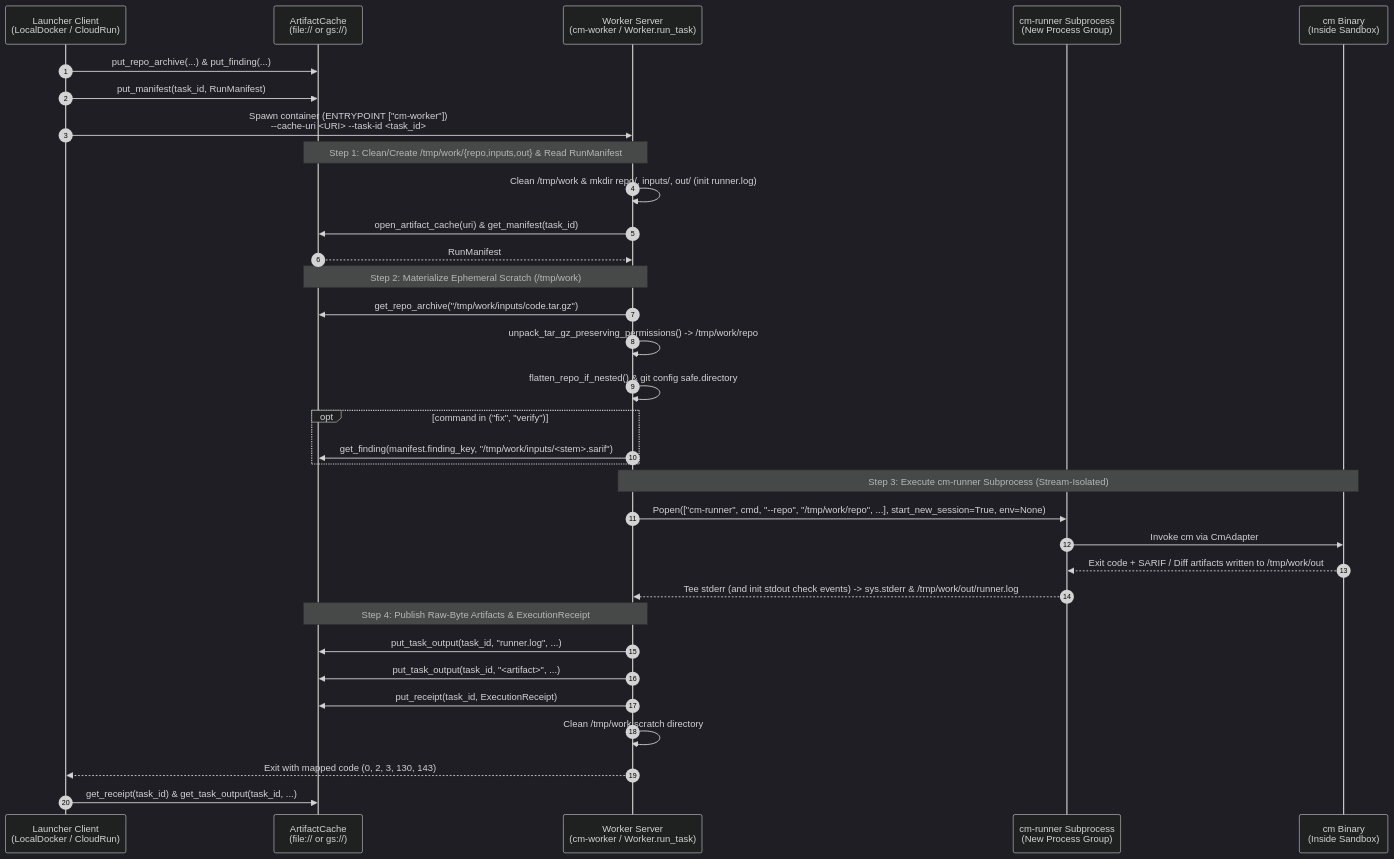
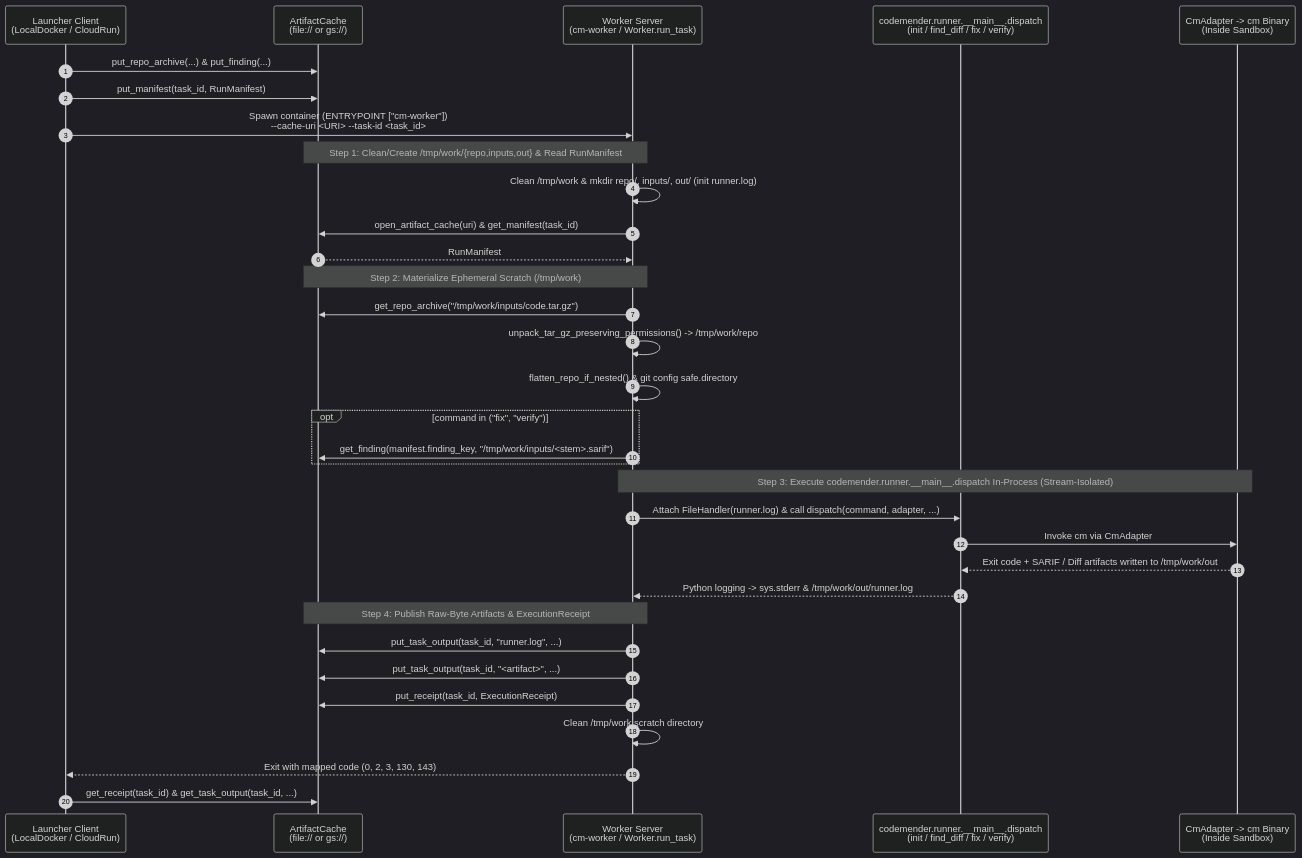
One commit to avnit/codemender-runner-mcp changed the second of 2 diagrams in docs/openspec/specs/worker/design.md. Above: the diagram before and after it, drawn with Mermaid (dark theme). The commit also changed other lines of this file and 16 other files, not shown here.

````diff
--- a/docs/openspec/specs/worker/design.md
+++ b/docs/openspec/specs/worker/design.md
@@ -305,40 +317,40 @@
 ```mermaid
 sequenceDiagram
     autonumber
     participant L as Launcher Client<br/>(LocalDocker / CloudRun)
     participant C as ArtifactCache<br/>(file:// or gs://)
     participant W as Worker Server<br/>(cm-worker / Worker.run_task)
-    participant R as cm-runner Subprocess<br/>(New Process Group)
-    participant CM as cm Binary<br/>(Inside Sandbox)
+    participant R as codemender.runner.__main__.dispatch<br/>(init / find_diff / fix / verify)
+    participant CM as CmAdapter -> cm Binary<br/>(Inside Sandbox)
 
     L->>C: put_repo_archive(...) & put_finding(...)
     L->>C: put_manifest(task_id, RunManifest)
     L->>W: Spawn container (ENTRYPOINT ["cm-worker"])<br/>--cache-uri <URI> --task-id <task_id>
 
     Note over W,C: Step 1: Clean/Create /tmp/work/{repo,inputs,out} & Read RunManifest
     W->>W: Clean /tmp/work & mkdir repo/, inputs/, out/ (init runner.log)
     W->>C: open_artifact_cache(uri) & get_manifest(task_id)
     C-->>W: RunManifest
 
     Note over W,C: Step 2: Materialize Ephemeral Scratch (/tmp/work)
     W->>C: get_repo_archive("/tmp/work/inputs/code.tar.gz")
     W->>W: unpack_tar_gz_preserving_permissions() -> /tmp/work/repo
     W->>W: flatten_repo_if_nested() & git config safe.directory
     opt command in ("fix", "verify")
         W->>C: get_finding(manifest.finding_key, "/tmp/work/inputs/<stem>.sarif")
     end
 
-    Note over W,CM: Step 3: Execute cm-runner Subprocess (Stream-Isolated)
-    W->>R: Popen(["cm-runner", cmd, "--repo", "/tmp/work/repo", ...], start_new_session=True, env=None)
+    Note over W,CM: Step 3: Execute codemender.runner.__main__.dispatch In-Process (Stream-Isolated)
+    W->>R: Attach FileHandler(runner.log) & call dispatch(command, adapter, ...)
     R->>CM: Invoke cm via CmAdapter
     CM-->>R: Exit code + SARIF / Diff artifacts written to /tmp/work/out
-    R-->>W: Tee stderr (and init stdout check events) -> sys.stderr & /tmp/work/out/runner.log
+    R-->>W: Python logging -> sys.stderr & /tmp/work/out/runner.log
 
     Note over W,C: Step 4: Publish Raw-Byte Artifacts & ExecutionReceipt
     W->>C: put_task_output(task_id, "runner.log", ...)
     W->>C: put_task_output(task_id, "<artifact>", ...)
     W->>C: put_receipt(task_id, ExecutionReceipt)
     W->>W: Clean /tmp/work scratch directory
     W-->>L: Exit with mapped code (0, 2, 3, 130, 143)
     L->>C: get_receipt(task_id) & get_task_output(task_id, ...)
 ```
````
